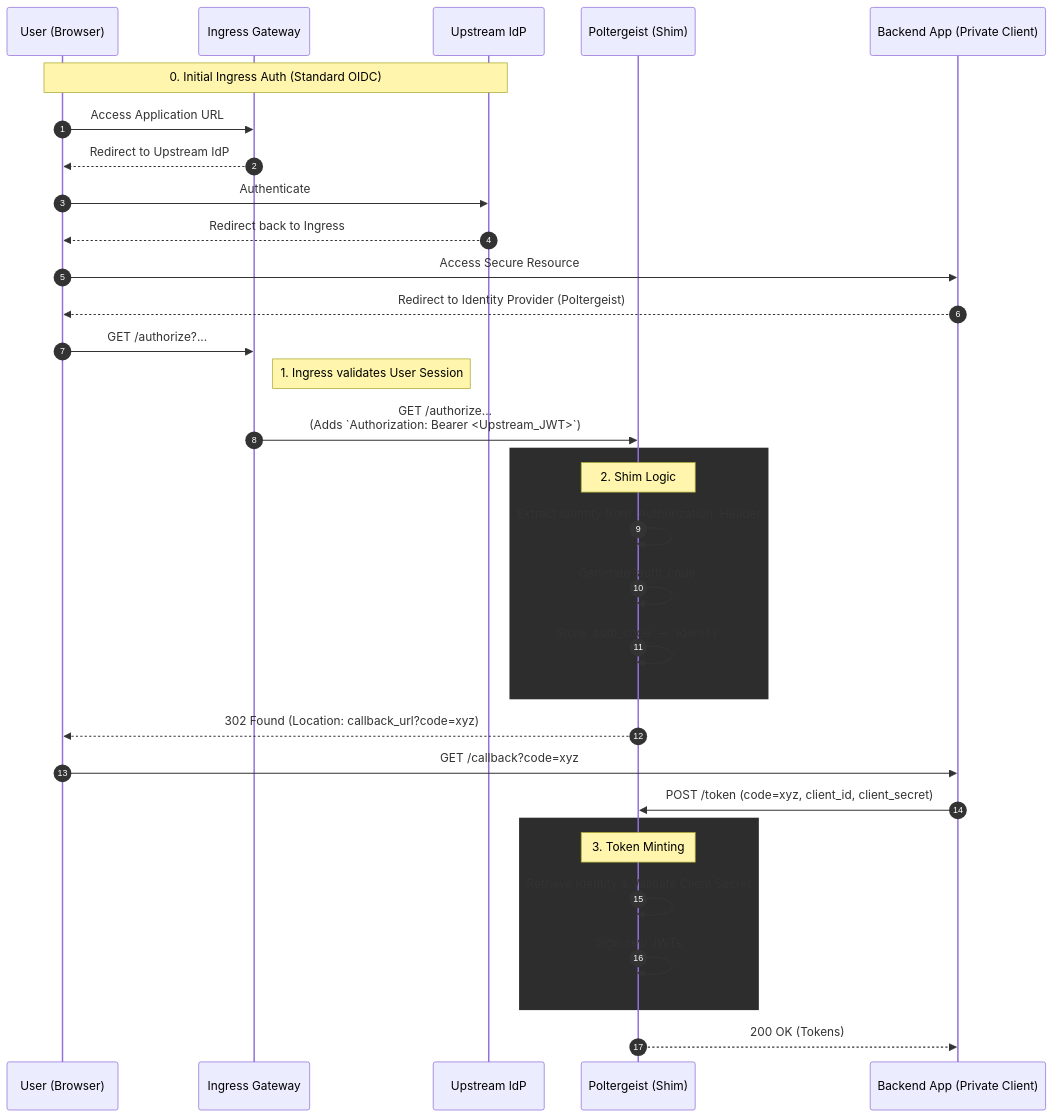
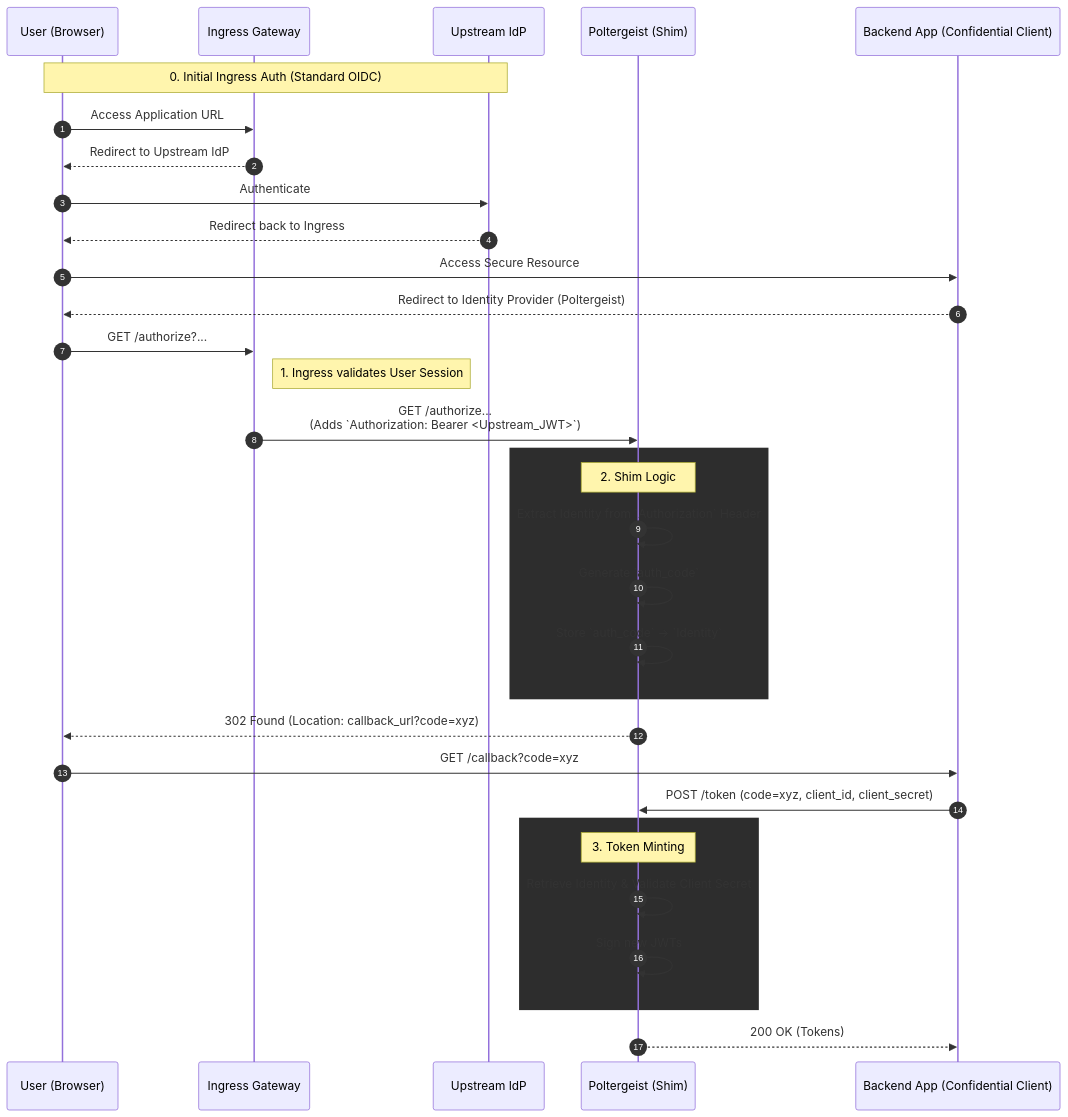
One commit to calamity-m/poltergeist changed the second of 3 diagrams in README.md. Above: the diagram before and after it, drawn with Mermaid. The commit also changed other lines of this file and 8 other files, not shown here.

Commit message:
[vibed] Rename PrivateClient to ConfidentialClient

````diff
--- a/README.md
+++ b/README.md
@@ -62,42 +62,42 @@
 ```mermaid
 sequenceDiagram
     autonumber
     participant User as User (Browser)
     participant Ingress as Ingress Gateway
     participant Upstream as Upstream IdP
     participant Poltergeist as Poltergeist (Shim)
-    participant Backend as Backend App (Private Client)
+    participant Backend as Backend App (Confidential Client)
 
     Note over User, Upstream: 0. Initial Ingress Auth (Standard OIDC)
     User->>Ingress: Access Application URL
     Ingress-->>User: Redirect to Upstream IdP
     User->>Upstream: Authenticate
     Upstream-->>User: Redirect back to Ingress
     
     User->>Backend: Access Secure Resource
     Backend-->>User: Redirect to Identity Provider (Poltergeist)
     
     User->>Ingress: GET /authorize?...
     Note right of Ingress: 1. Ingress validates User Session
     Ingress->>Poltergeist: GET /authorize... <br/>(Adds `Authorization: Bearer <Upstream_JWT>`)
     
     rect rgb(45, 45, 45)
     Note over Poltergeist: 2. Shim Logic
     Poltergeist->>Poltergeist: Extract Identity from `Authorization` Header
     Poltergeist->>Poltergeist: Generate `auth_code`
     Poltergeist->>Poltergeist: Store `auth_code` -> `Identity`
     end
     
     Poltergeist-->>User: 302 Found (Location: callback_url?code=xyz)
     
     User->>Backend: GET /callback?code=xyz
     Backend->>Poltergeist: POST /token (code=xyz, client_id, client_secret)
     
     rect rgb(45, 45, 45)
     Note over Poltergeist: 3. Token Minting
     Poltergeist->>Poltergeist: Retrieve Identity & Validate Client Secret
     Poltergeist->>Poltergeist: Sign new JWTs
     end
     
     Poltergeist-->>Backend: 200 OK (Tokens)
 ```
````
